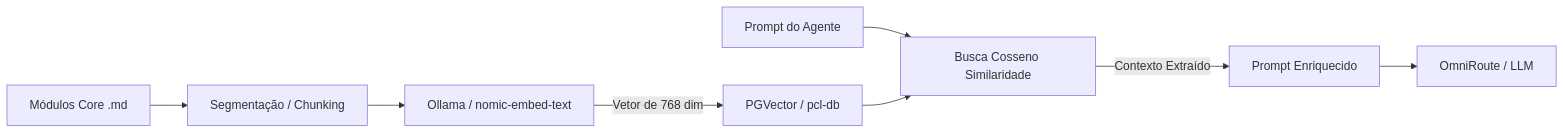
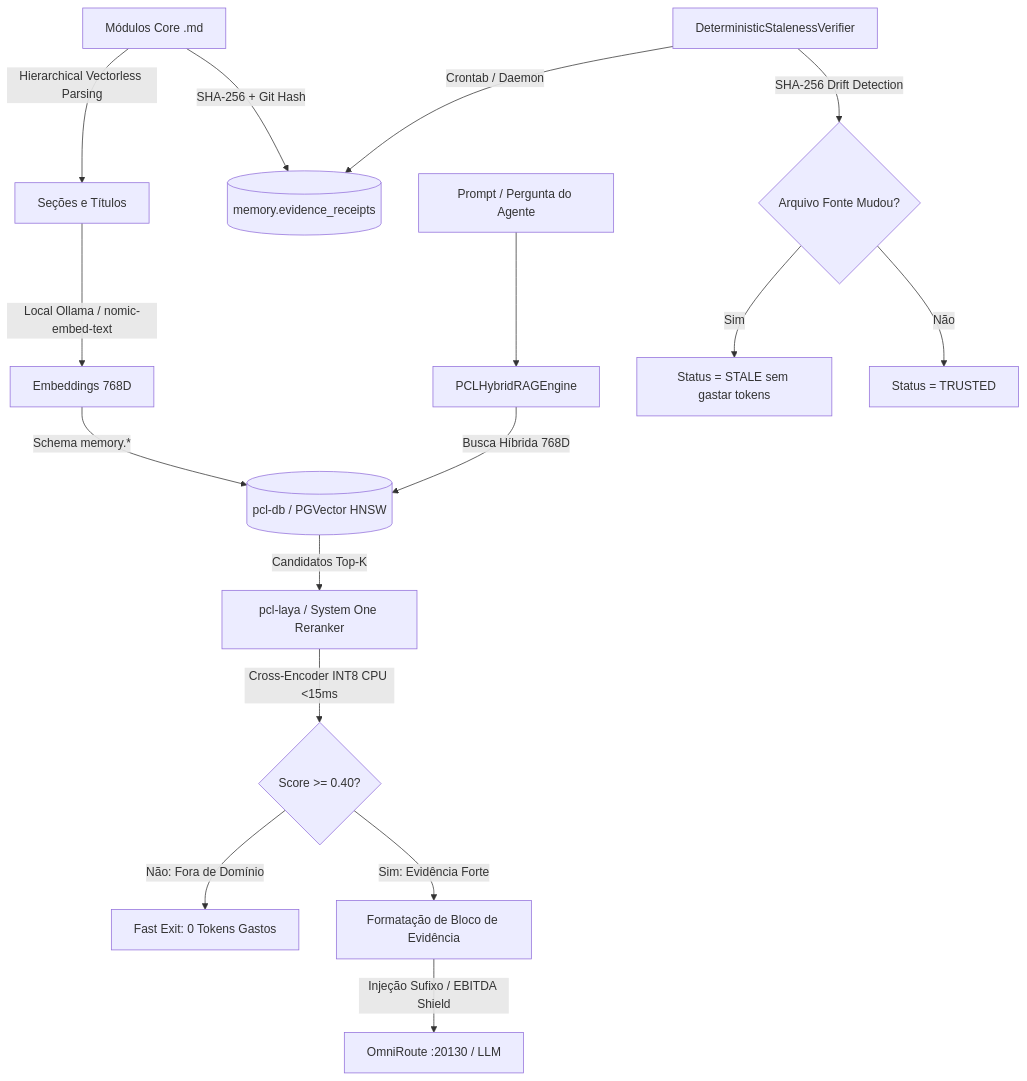
The first of 2 diagrams in memory/README.md (EnterDufter/PromptCoreLabs_AEOS), drawn with Mermaid before and after one commit. The commit also changed other lines of this file and 29 other files, not shown here.

First line of the commit message:
feat(cognitive-memory): implement PCL AEOS sovereign cognitive evolution v2.0

````diff
--- a/memory/README.md
+++ b/memory/README.md
@@ -62,11 +62,20 @@
 ```mermaid
-graph LR
-    A[Módulos Core .md] --> B[Segmentação / Chunking]
-    B --> C[Ollama / nomic-embed-text]
-    C -->|Vetor de 768 dim| D[PGVector / pcl-db]
-    
-    E[Prompt do Agente] --> F[Busca Cosseno Similaridade]
-    D --> F
-    F -->|Contexto Extraído| G[Prompt Enriquecido]
-    G --> H[OmniRoute / LLM]
+graph TD
+    A[Módulos Core .md] -->|Hierarchical Vectorless Parsing| B[Seções e Títulos]
+    B -->|Local Ollama / nomic-embed-text| C[Embeddings 768D]
+    C -->|Schema memory.*| D[(pcl-db / PGVector HNSW)]
+    A -->|SHA-256 + Git Hash| E[(memory.evidence_receipts)]
+
+    Q[Prompt / Pergunta do Agente] --> F[PCLHybridRAGEngine]
+    F -->|Busca Híbrida 768D| D
+    D -->|Candidatos Top-K| G[pcl-laya / System One Reranker]
+    G -->|Cross-Encoder INT8 CPU <15ms| H{Score >= 0.40?}
+    H -->|Não: Fora de Domínio| I[Fast Exit: 0 Tokens Gastos]
+    H -->|Sim: Evidência Forte| J[Formatação de Bloco de Evidência]
+    J -->|Injeção Sufixo / EBITDA Shield| K[OmniRoute :20130 / LLM]
+
+    Daemon[DeterministicStalenessVerifier] -->|Crontab / Daemon| E
+    Daemon -->|SHA-256 Drift Detection| L{Arquivo Fonte Mudou?}
+    L -->|Sim| M[Status = STALE sem gastar tokens]
+    L -->|Não| N[Status = TRUSTED]
 ```
````
